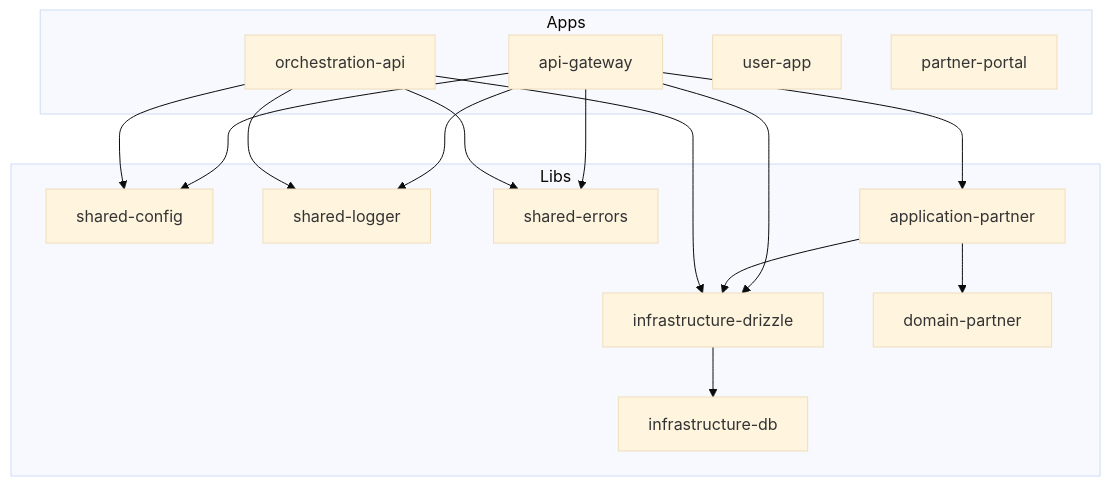
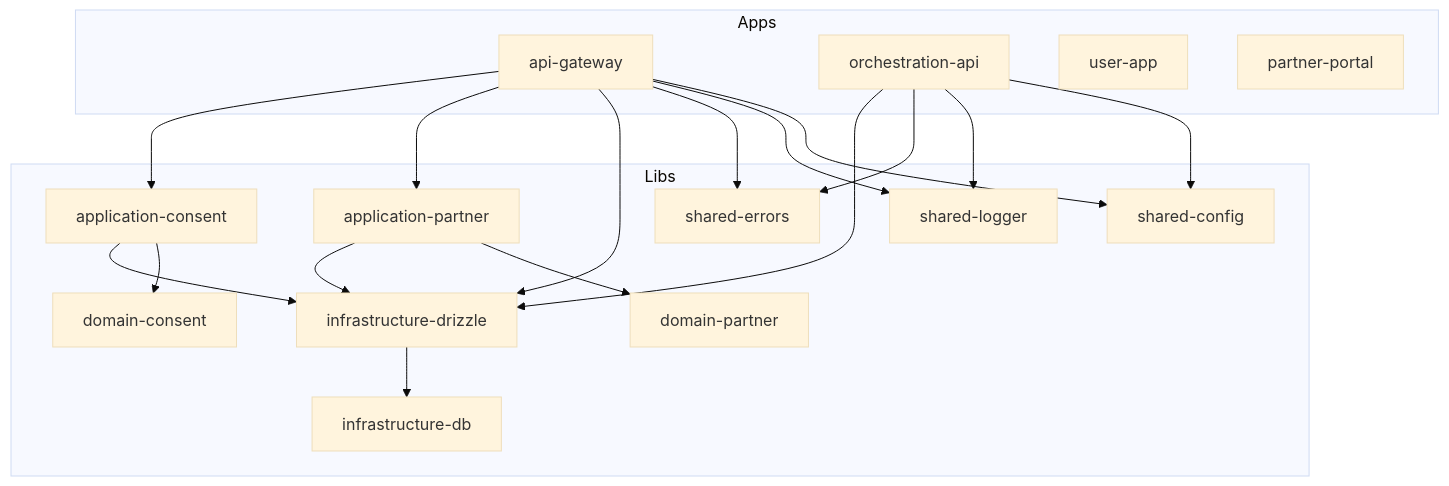
The diagram in docs/architecture.md (Yuri-Lima/Ultima-Forma-MVP), drawn with Mermaid (base theme) before and after one commit. The commit also changed 77 other files, not shown here.

````diff
--- a/docs/architecture.md
+++ b/docs/architecture.md
@@ -5,32 +5,37 @@
 ```mermaid
 flowchart TB
     subgraph apps [Apps]
         apiGW[api-gateway]
         orch[orchestration-api]
         userApp[user-app]
         partner[partner-portal]
     end
 
     subgraph libs [Libs]
         config[shared-config]
         logger[shared-logger]
         errors[shared-errors]
         db[infrastructure-db]
         drizzle[infrastructure-drizzle]
         domainPartner[domain-partner]
         appPartner[application-partner]
+        domainConsent[domain-consent]
+        appConsent[application-consent]
     end
 
     apiGW --> config
     apiGW --> logger
     apiGW --> errors
     apiGW --> drizzle
     apiGW --> appPartner
+    apiGW --> appConsent
     appPartner --> domainPartner
     appPartner --> drizzle
+    appConsent --> domainConsent
+    appConsent --> drizzle
     orch --> config
     orch --> logger
     orch --> errors
     orch --> drizzle
     drizzle --> db
 ```
````
